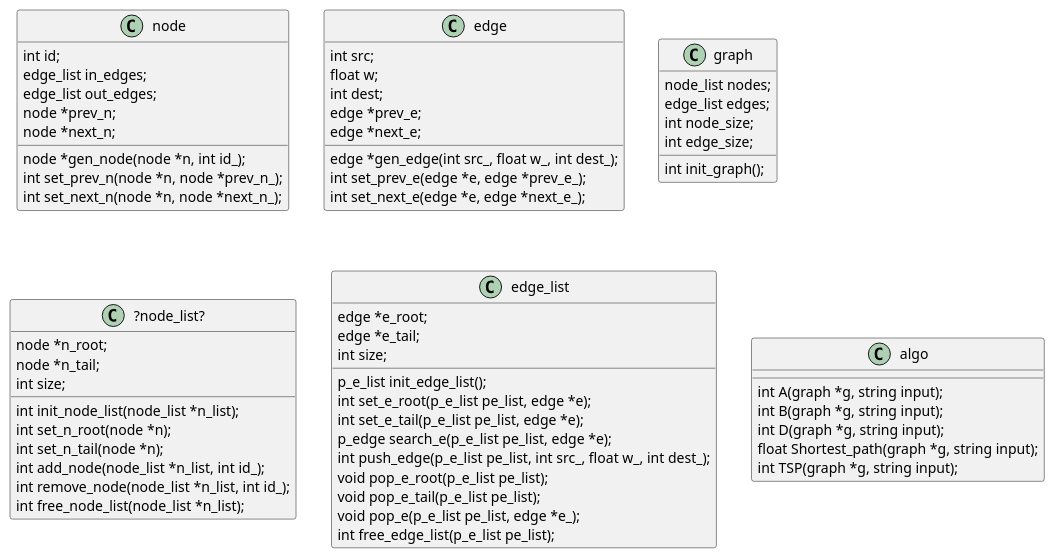
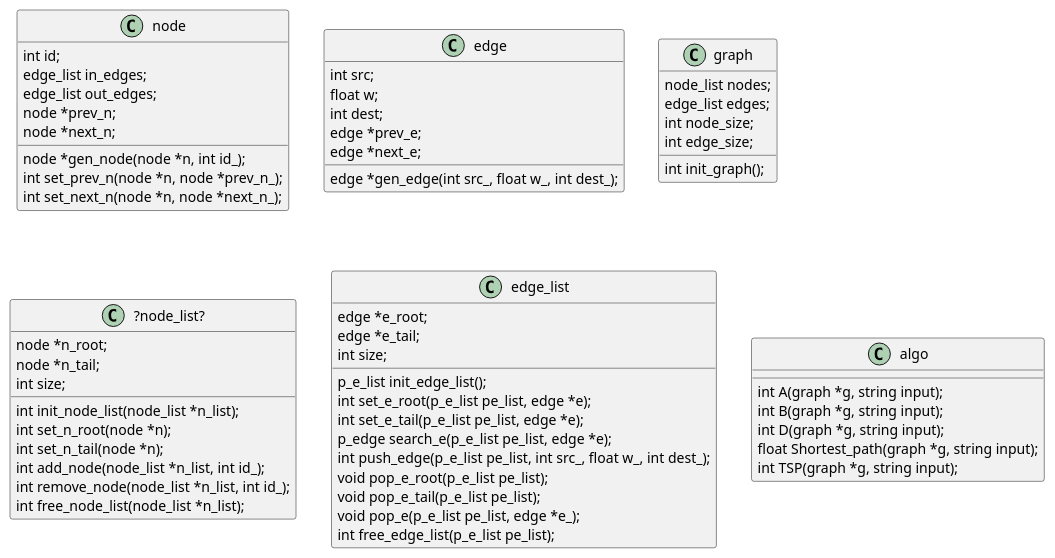
Before and after one commit to RF555/SofSys_Ex4: the diagram in Ex4_UML.puml, drawn with PlantUML. The commit also changed 2 other files, not shown here.

```diff
--- a/Ex4_UML.puml
+++ b/Ex4_UML.puml
@@ -1,79 +1,77 @@
 @startuml
 
 'graph -> edge_list
 'graph -> node_list
 'node_list --> node
 'edge_list --> edge
 'algo --> graph
 
 
 class node{
 int id;
 edge_list in_edges;
 edge_list out_edges;
 node *prev_n;
 node *next_n;
 node *gen_node(node *n, int id_);
 int set_prev_n(node *n, node *prev_n_);
 int set_next_n(node *n, node *next_n_);
 }
 
 class edge{
 int src;
 float w;
 int dest;
 edge *prev_e;
 edge *next_e;
 edge *gen_edge(int src_, float w_, int dest_);
-int set_prev_e(edge *e, edge *prev_e_);
-int set_next_e(edge *e, edge *next_e_);
 }
 
 class graph{
 node_list nodes;
 edge_list edges;
 int node_size;
 int edge_size;
 int init_graph();
 'void add_node(graph *g, int id);
 'void remove_node(graph *g, int id);
 'void add_edge(graph *g, int src, float w, int dest);
 'void add_Edge(graph *g, edge e);
 'void remove_edge(graph *g, int src, int dest);
 }
 
 class ?node_list?{
 node *n_root;
 node *n_tail;
 int size;
 int init_node_list(node_list *n_list);
 int set_n_root(node *n);
 int set_n_tail(node *n);
 int add_node(node_list *n_list, int id_);
 int remove_node(node_list *n_list, int id_);
 int free_node_list(node_list *n_list);
 }
 class edge_list{
 edge *e_root;
 edge *e_tail;
 int size;
 p_e_list init_edge_list();
 int set_e_root(p_e_list pe_list, edge *e);
 int set_e_tail(p_e_list pe_list, edge *e);
 p_edge search_e(p_e_list pe_list, edge *e);
 int push_edge(p_e_list pe_list, int src_, float w_, int dest_);
 void pop_e_root(p_e_list pe_list);
 void pop_e_tail(p_e_list pe_list);
 void pop_e(p_e_list pe_list, edge *e_);
 int free_edge_list(p_e_list pe_list);
 }
 
 class algo{
 int A(graph *g, string input);
 int B(graph *g, string input);
 int D(graph *g, string input);
 float Shortest_path(graph *g, string input);
 int TSP(graph *g, string input);
 }
 
 @enduml
```
